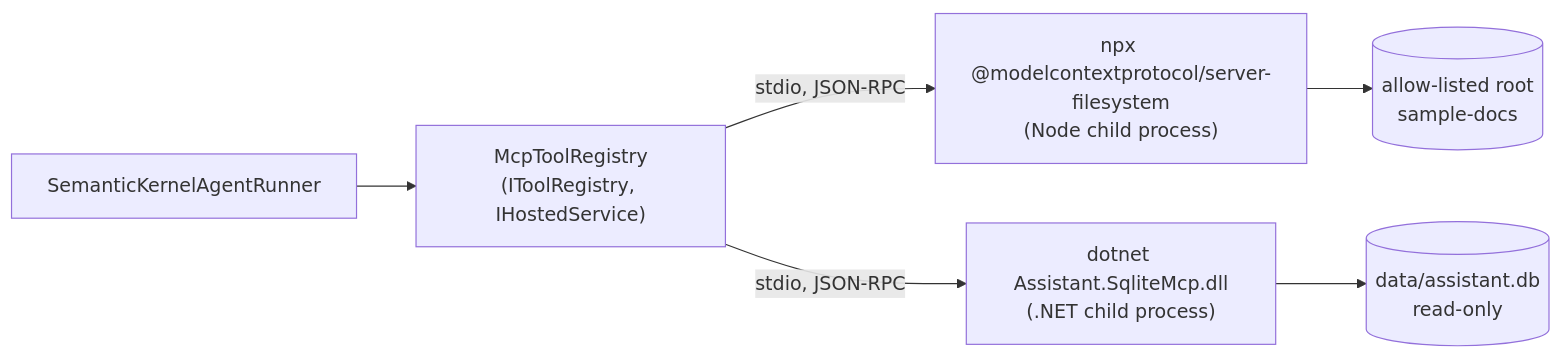
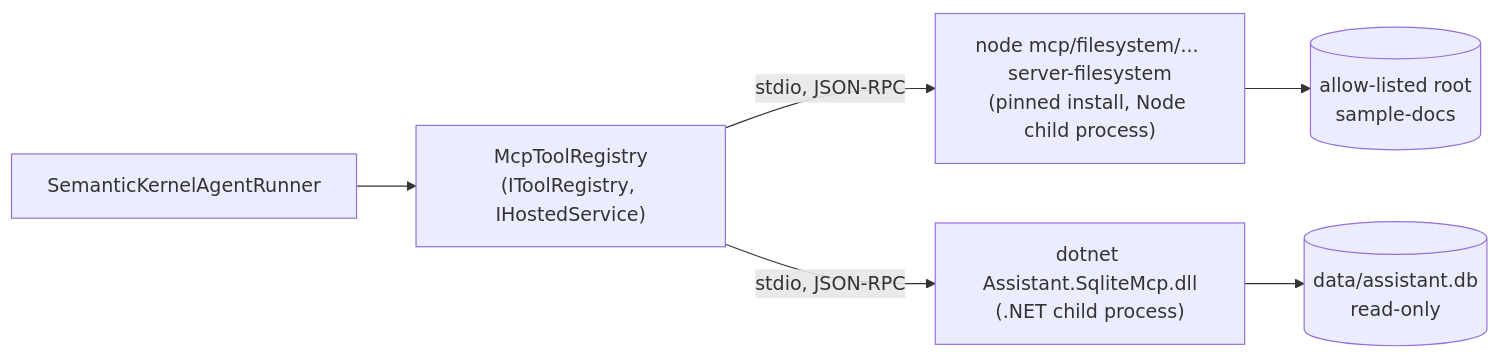
One commit to asadw1/LocalKnowledgeAssistant changed the diagram in docs/MCP-SPEC.md. Above: the diagram before and after it, drawn with Mermaid. The commit also changed other lines of this file and 7 other files, not shown here.

Commit message:
docs(lka): document the layered read-only controls, pinned install and OS-level hardening

````diff
--- a/docs/MCP-SPEC.md
+++ b/docs/MCP-SPEC.md
@@ -18,8 +18,8 @@
 ```mermaid
 flowchart LR
     Runner["SemanticKernelAgentRunner"] --> Registry["McpToolRegistry<br/>(IToolRegistry, IHostedService)"]
-    Registry -- "stdio, JSON-RPC" --> FS["npx @modelcontextprotocol/server-filesystem<br/>(Node child process)"]
+    Registry -- "stdio, JSON-RPC" --> FS["node mcp/filesystem/... server-filesystem<br/>(pinned install, Node child process)"]
     Registry -- "stdio, JSON-RPC" --> SQL["dotnet Assistant.SqliteMcp.dll<br/>(.NET child process)"]
     SQL --> DB[("data/assistant.db<br/>read-only")]
     FS --> Docs[("allow-listed root<br/>sample-docs")]
 ```
````
